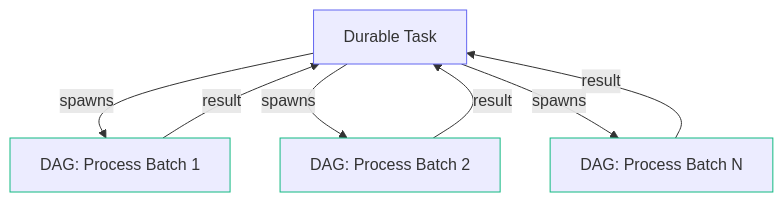
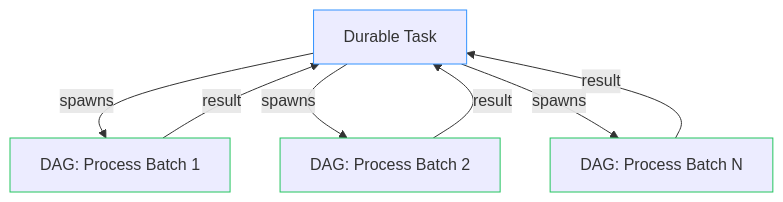
One commit to hatchet-dev/hatchet changed the second of 3 diagrams in frontend/docs/pages/v1/durable-workflows/mixing-patterns.mdx. Above: the diagram before and after it, drawn with Mermaid. The commit also changed other lines of this file and 18 other files, not shown here.

````diff
--- a/frontend/docs/pages/v1/durable-workflows/mixing-patterns.mdx
+++ b/frontend/docs/pages/v1/durable-workflows/mixing-patterns.mdx
@@ -46,13 +46,13 @@
 ```mermaid
 graph TD
     DT[Durable Task] -->|spawns| DAG1[DAG: Process Batch 1]
     DT -->|spawns| DAG2[DAG: Process Batch 2]
     DT -->|spawns| DAG3[DAG: Process Batch N]
     DAG1 -->|result| DT
     DAG2 -->|result| DT
     DAG3 -->|result| DT
-    style DT stroke:#6366f1
-    style DAG1 stroke:#10b981
-    style DAG2 stroke:#10b981
-    style DAG3 stroke:#10b981
+    style DT stroke:#3392FF
+    style DAG1 stroke:#22C55E
+    style DAG2 stroke:#22C55E
+    style DAG3 stroke:#22C55E
 ```
````
